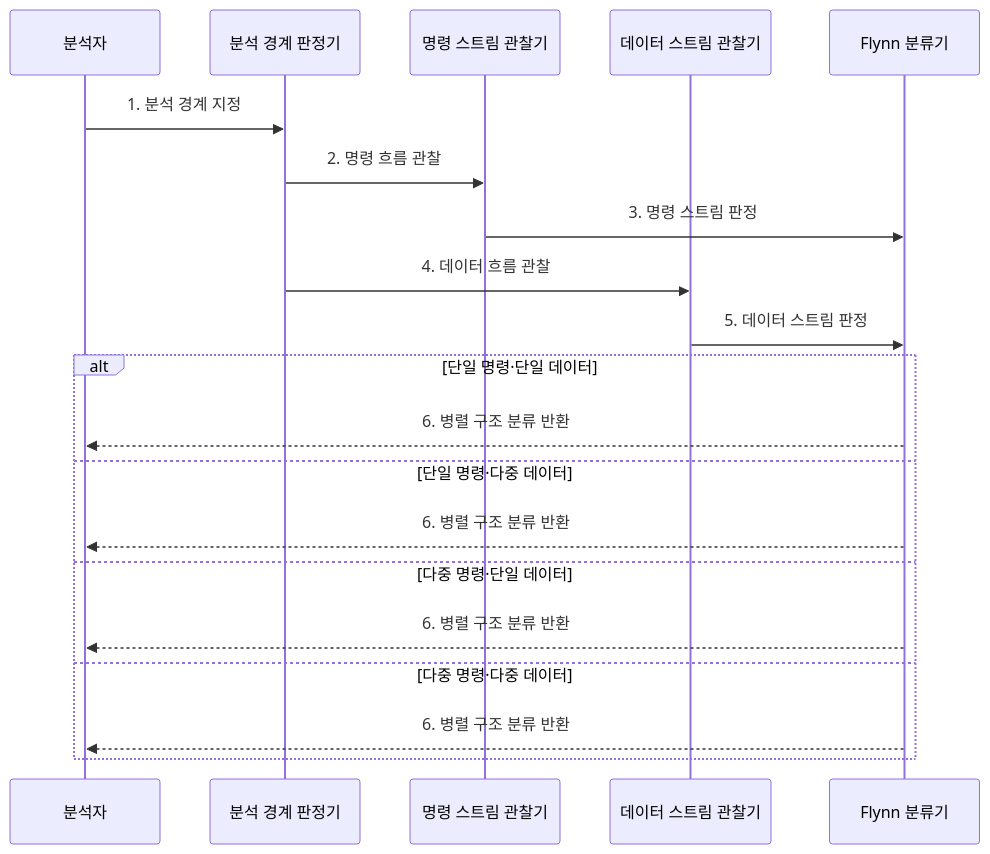
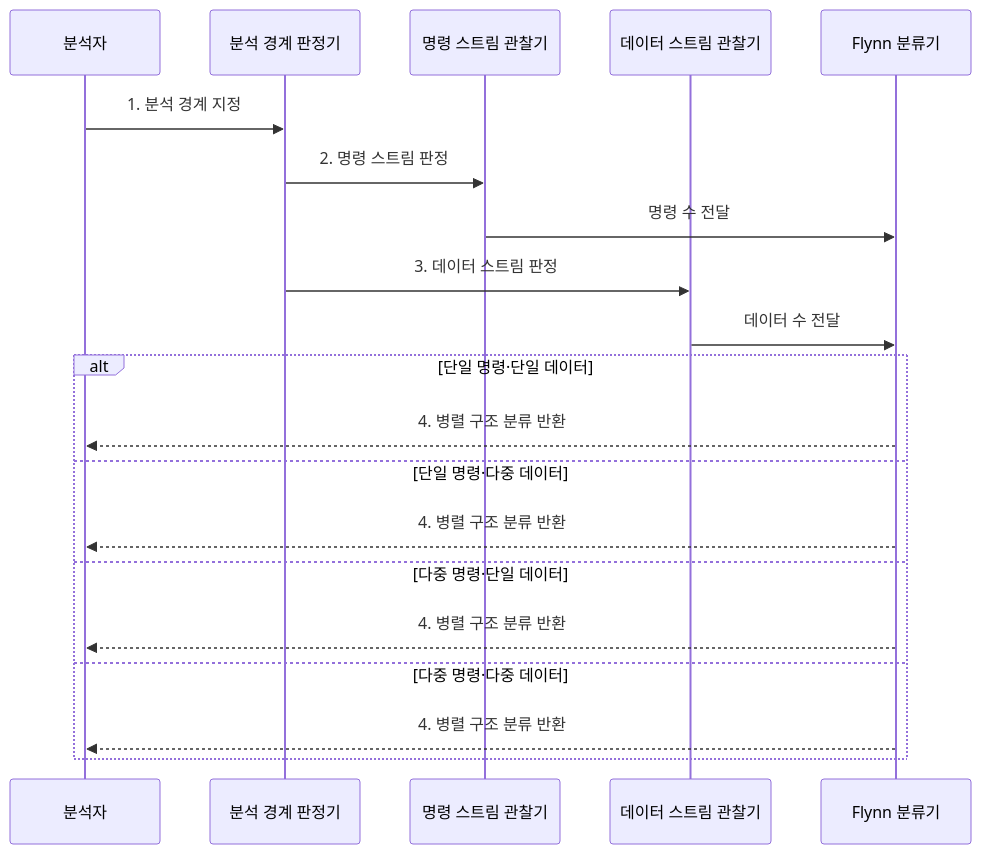
Before and after one commit to agnusdei1207/knowledge-base: the second of 2 diagrams in src/content/docs/notes/02-hardware/052_flynns_taxonomy.md, drawn with Mermaid. The commit also changed other lines of this file and 86 other files, not shown here.

````diff
--- a/src/content/docs/notes/02-hardware/052_flynns_taxonomy.md
+++ b/src/content/docs/notes/02-hardware/052_flynns_taxonomy.md
@@ -85,23 +85,23 @@
 ```mermaid
 sequenceDiagram
     participant A as 분석자
     participant B as 분석 경계 판정기
     participant I as 명령 스트림 관찰기
     participant D as 데이터 스트림 관찰기
     participant F as Flynn 분류기
 
     A->>B: 1. 분석 경계 지정
-    B->>I: 2. 명령 흐름 관찰
-    I->>F: 3. 명령 스트림 판정
-    B->>D: 4. 데이터 흐름 관찰
-    D->>F: 5. 데이터 스트림 판정
+    B->>I: 2. 명령 스트림 판정
+    I->>F: 명령 수 전달
+    B->>D: 3. 데이터 스트림 판정
+    D->>F: 데이터 수 전달
     alt 단일 명령·단일 데이터
-        F-->>A: 6. 병렬 구조 분류 반환
+        F-->>A: 4. 병렬 구조 분류 반환
     else 단일 명령·다중 데이터
-        F-->>A: 6. 병렬 구조 분류 반환
+        F-->>A: 4. 병렬 구조 분류 반환
     else 다중 명령·단일 데이터
-        F-->>A: 6. 병렬 구조 분류 반환
+        F-->>A: 4. 병렬 구조 분류 반환
     else 다중 명령·다중 데이터
-        F-->>A: 6. 병렬 구조 분류 반환
+        F-->>A: 4. 병렬 구조 분류 반환
     end
 ```
````
